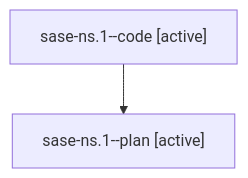
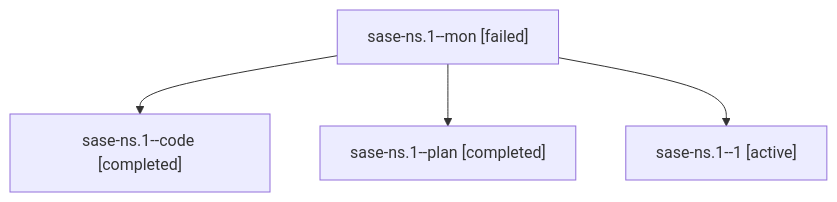
One commit to sase-org/sase--agents changed the diagram in families/bbugyi200.athena.sase-ns.1.md. Above: the diagram before and after it, drawn with Mermaid. The commit also changed other lines of this file and 97 other files, not shown here.

````diff
--- a/families/bbugyi200.athena.sase-ns.1.md
+++ b/families/bbugyi200.athena.sase-ns.1.md
@@ -9,6 +9,10 @@
 ```mermaid
 flowchart TD
-  n0["sase-ns.1--code [active]"]
-  n1["sase-ns.1--plan [active]"]
+  n0["sase-ns.1--mon [failed]"]
+  n1["sase-ns.1--code [completed]"]
   n0 --> n1
+  n2["sase-ns.1--plan [completed]"]
+  n0 --> n2
+  n3["sase-ns.1--1 [active]"]
+  n0 --> n3
 ```
````
